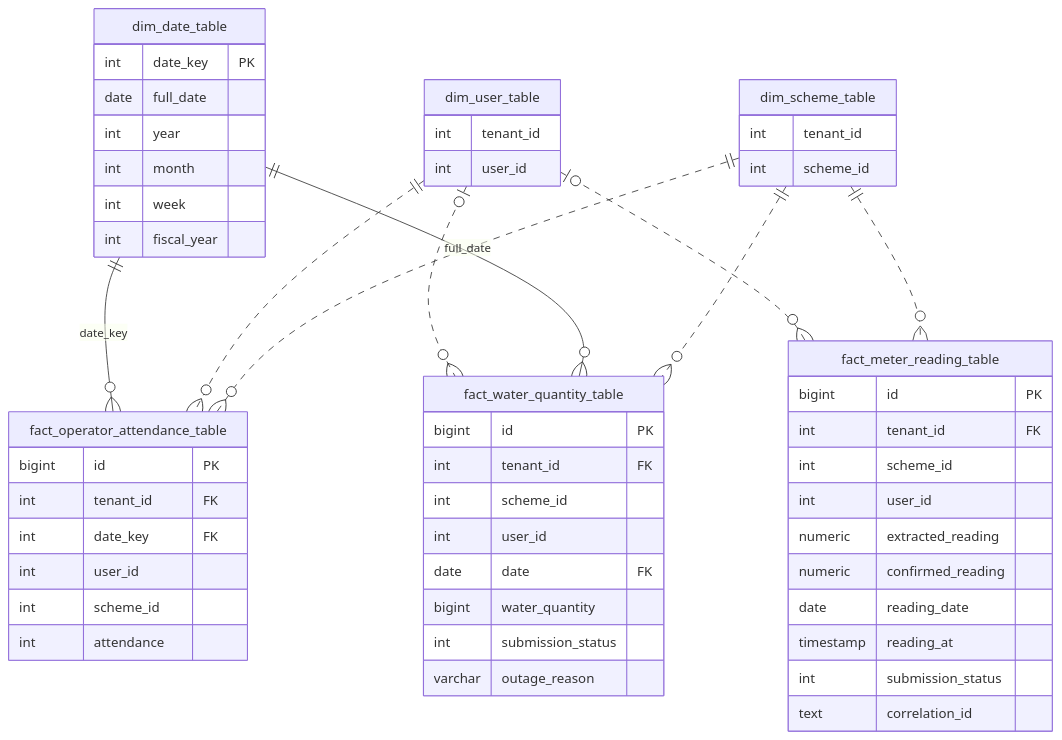
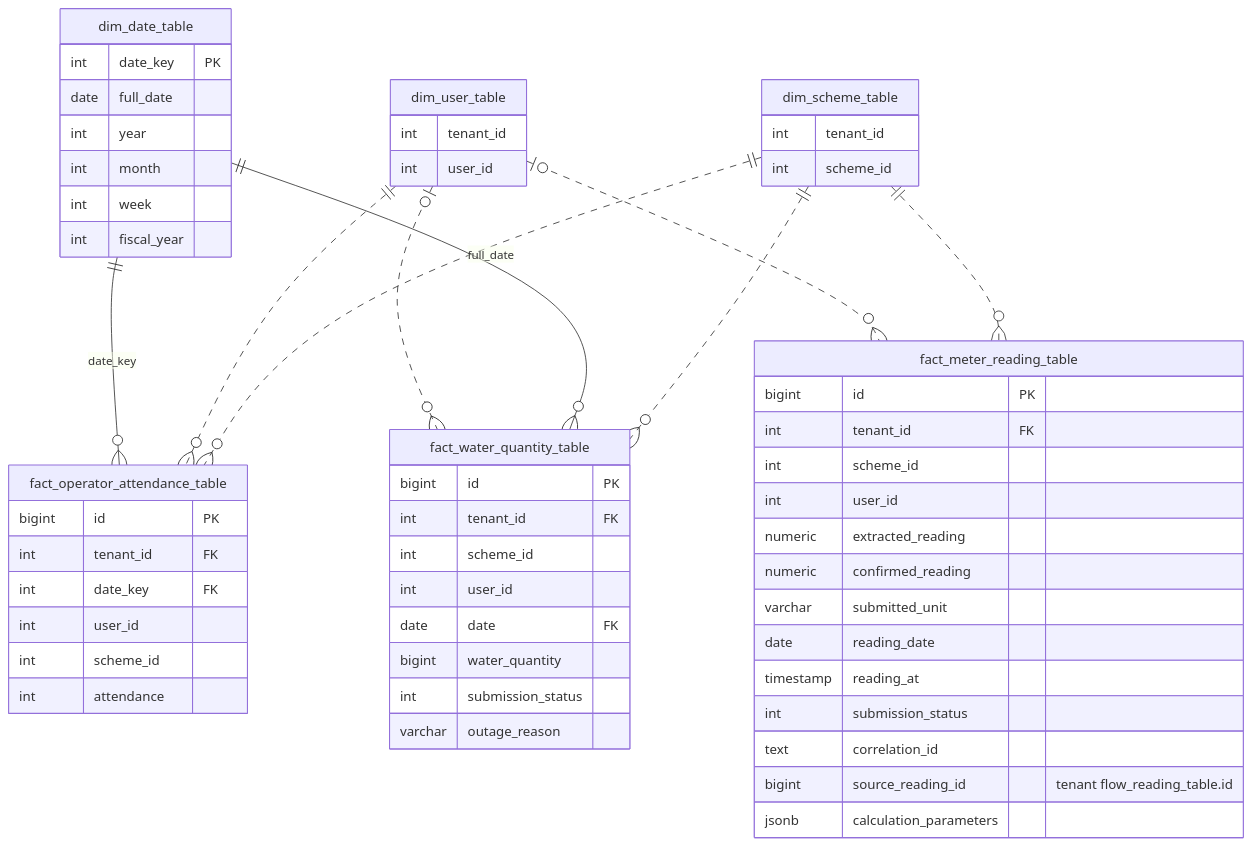
One commit to arghyam/JalSoochak changed the sixth of 8 diagrams in gitbook/database-er-diagram.md. Above: the diagram before and after it, drawn with Mermaid. The commit also changed other lines of this file and 22 other files, not shown here.

````diff
--- a/gitbook/database-er-diagram.md
+++ b/gitbook/database-er-diagram.md
@@ -384,58 +397,61 @@
 ```mermaid
 erDiagram
     dim_scheme_table {
         int tenant_id
         int scheme_id
     }
     dim_user_table {
         int tenant_id
         int user_id
     }
     dim_date_table {
         int date_key PK
         date full_date
         int year
         int month
         int week
         int fiscal_year
     }
     fact_meter_reading_table {
         bigint id PK
         int tenant_id FK
         int scheme_id
         int user_id
         numeric extracted_reading
         numeric confirmed_reading
+        varchar submitted_unit
         date reading_date
         timestamp reading_at
         int submission_status
         text correlation_id
+        bigint source_reading_id "tenant flow_reading_table.id"
+        jsonb calculation_parameters
     }
     fact_water_quantity_table {
         bigint id PK
         int tenant_id FK
         int scheme_id
         int user_id
         date date FK
         bigint water_quantity
         int submission_status
         varchar outage_reason
     }
     fact_operator_attendance_table {
         bigint id PK
         int tenant_id FK
         int date_key FK
         int user_id
         int scheme_id
         int attendance
     }
 
     dim_scheme_table ||..o{ fact_operator_attendance_table : ""
     dim_user_table ||..o{ fact_operator_attendance_table : ""
     dim_date_table ||--o{ fact_operator_attendance_table : "date_key"
     dim_scheme_table ||..o{ fact_water_quantity_table : ""
     dim_date_table ||--o{ fact_water_quantity_table : "full_date"
     dim_user_table |o..o{ fact_water_quantity_table : ""
     dim_scheme_table ||..o{ fact_meter_reading_table : ""
     dim_user_table |o..o{ fact_meter_reading_table : ""
 ```
````
